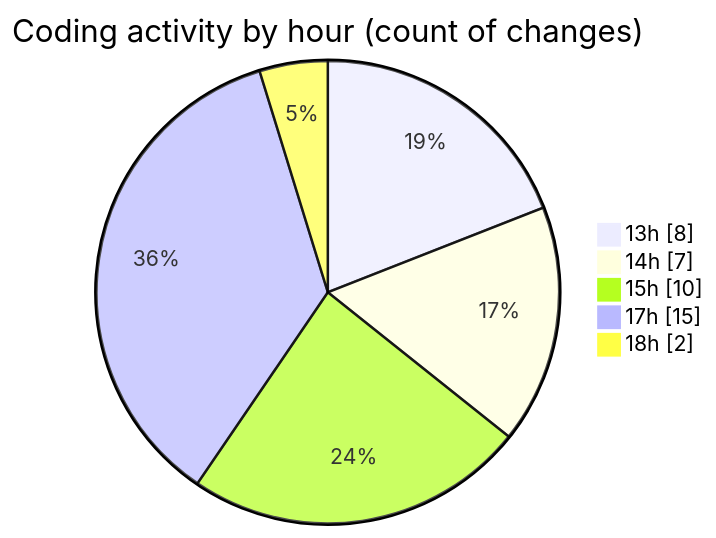
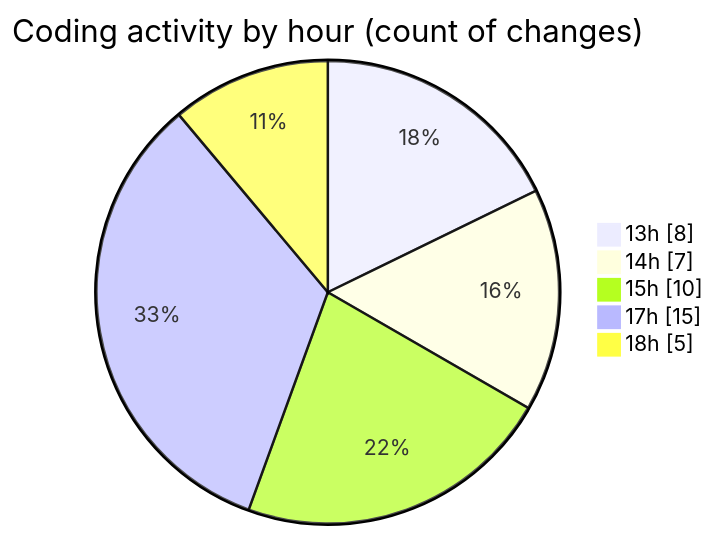
Before and after one commit to BS-eng2023/code-tracking: the second of 2 diagrams in 2025-04-03/jsvms/README.md, drawn with Mermaid. The commit also changed other lines of this file and 1 other file, not shown here.

````diff
--- a/2025-04-03/jsvms/README.md
+++ b/2025-04-03/jsvms/README.md
@@ -39,9 +39,9 @@
 ```mermaid
 pie showData
 title Coding activity by hour (count of changes)
 "13h" : 8
 "14h" : 7
 "15h" : 10
 "17h" : 15
-"18h" : 2
+"18h" : 5
 ```
````
